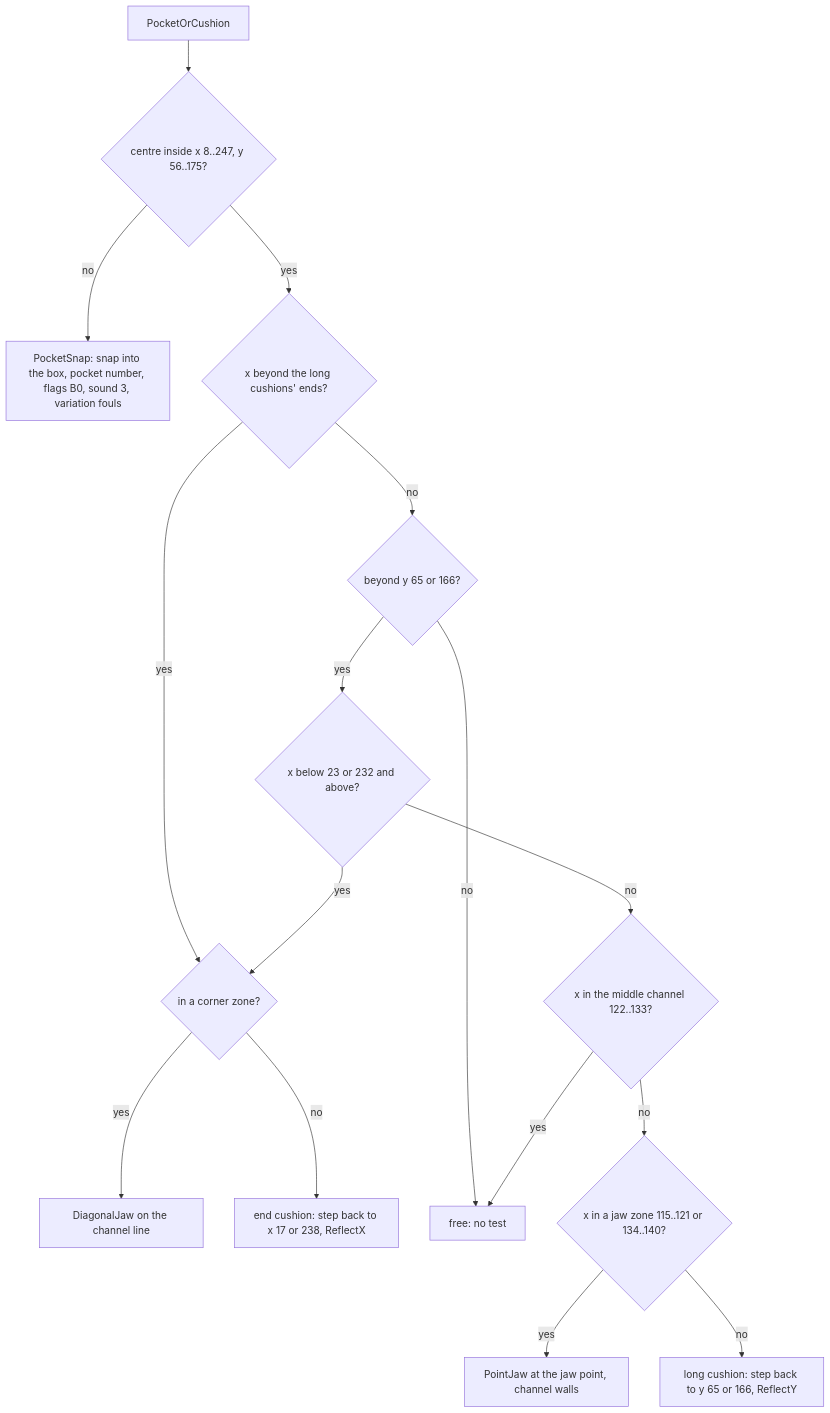
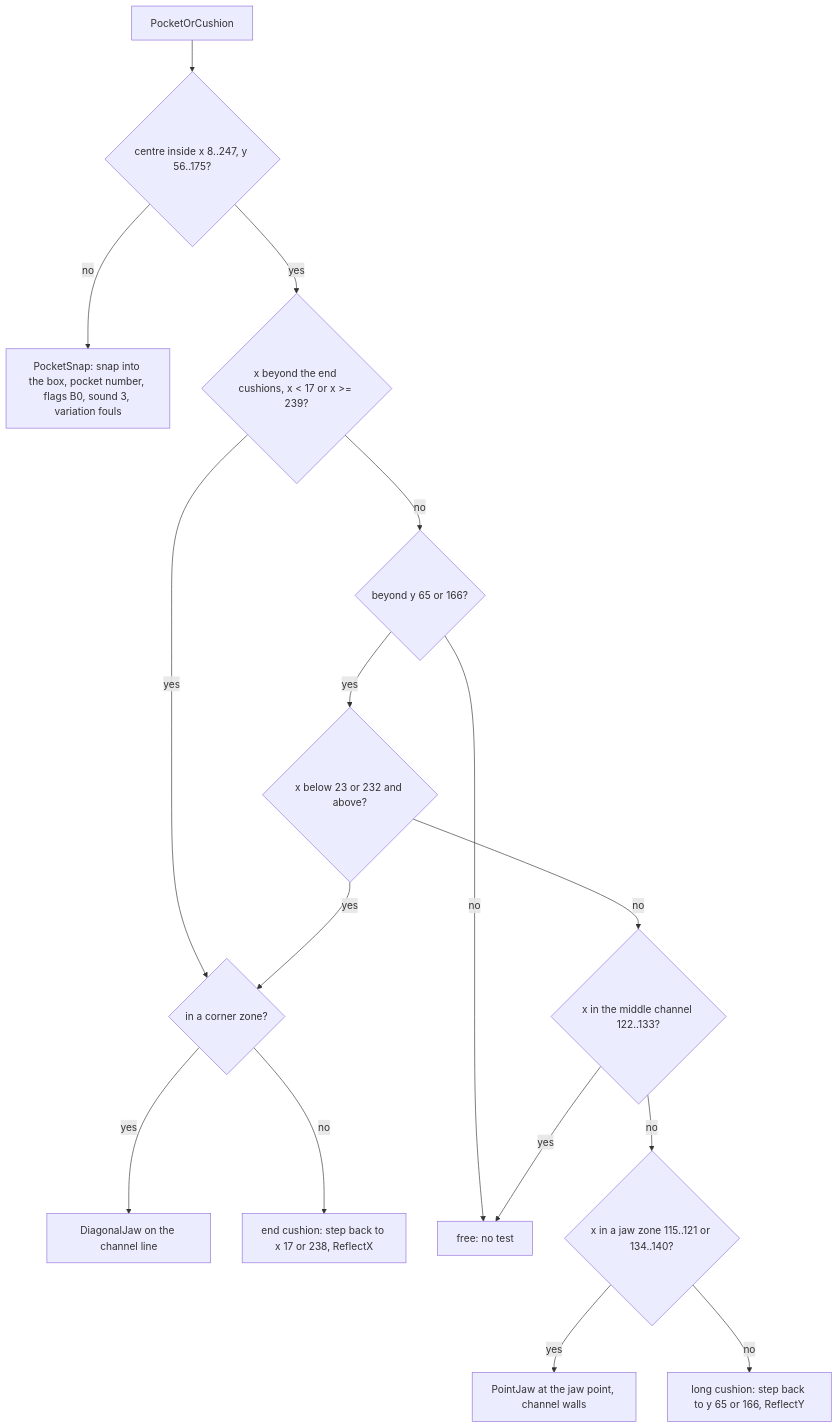
One commit to alfishe/unrealng-reverse-cases changed the fourth of 13 diagrams in games/video-pool/docs/10-gameplay-logic.md. Above: the diagram before and after it, drawn with Mermaid. The commit also changed other lines of this file and 40 other files, not shown here.

````diff
--- a/games/video-pool/docs/10-gameplay-logic.md
+++ b/games/video-pool/docs/10-gameplay-logic.md
@@ -328,18 +329,18 @@
 ```mermaid
 flowchart TD
     A[PocketOrCushion] --> B{centre inside x 8..247, y 56..175?}
     B -- no --> P[PocketSnap: snap into the box, pocket number, flags B0, sound 3, variation fouls]
-    B -- yes --> C{x beyond the long cushions' ends?}
+    B -- yes --> C{x beyond the end cushions, x < 17 or x >= 239?}
     C -- yes --> D{in a corner zone?}
     D -- yes --> J[DiagonalJaw on the channel line]
     D -- no --> X[end cushion: step back to x 17 or 238, ReflectX]
     C -- no --> E{beyond y 65 or 166?}
     E -- no --> F[free: no test]
     E -- yes --> Q{x below 23 or 232 and above?}
     Q -- yes --> D
     Q -- no --> G{x in the middle channel 122..133?}
     G -- yes --> F
     G -- no --> H{x in a jaw zone 115..121 or 134..140?}
     H -- yes --> K[PointJaw at the jaw point, channel walls]
     H -- no --> Y[long cushion: step back to y 65 or 166, ReflectY]
 ```
````
